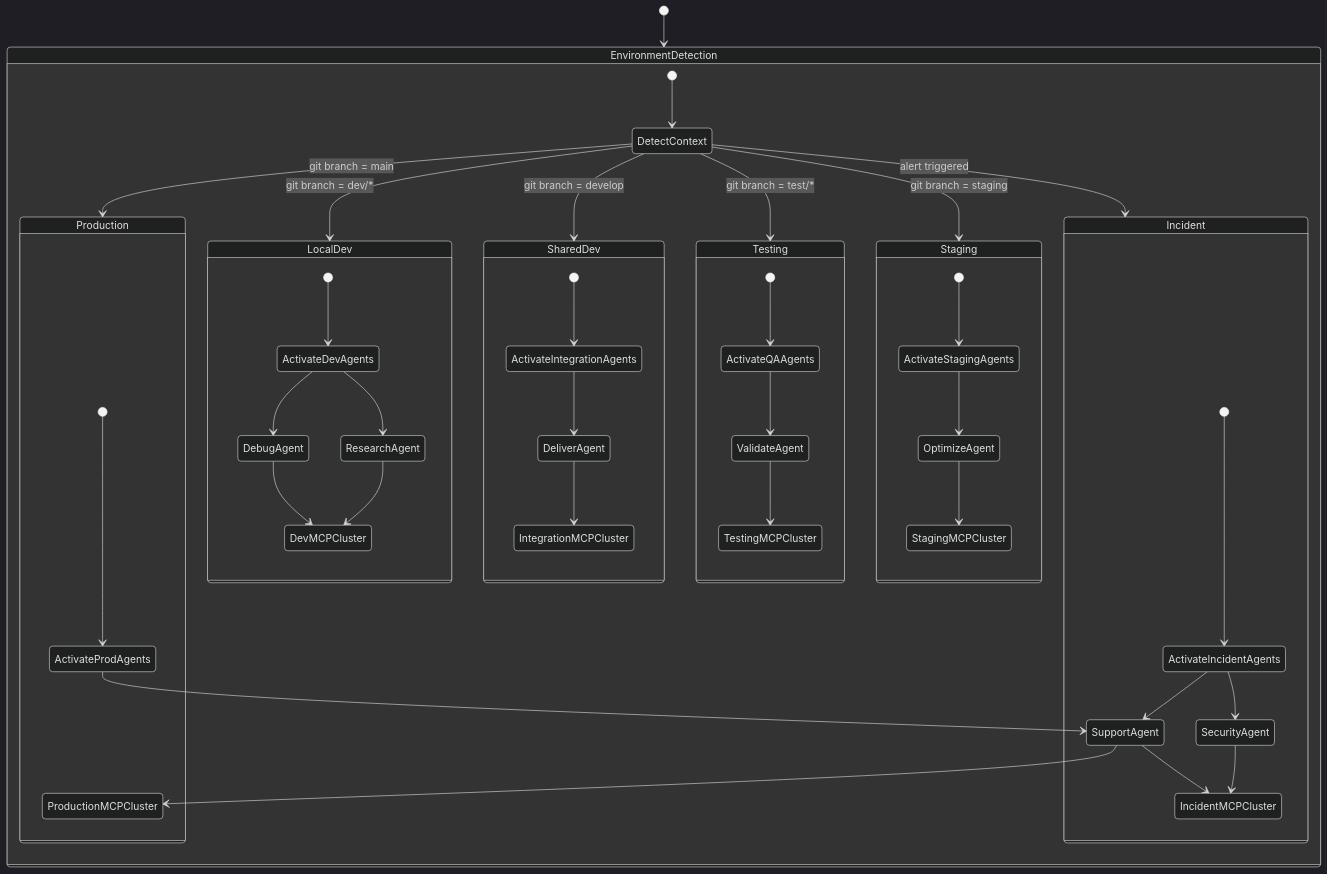
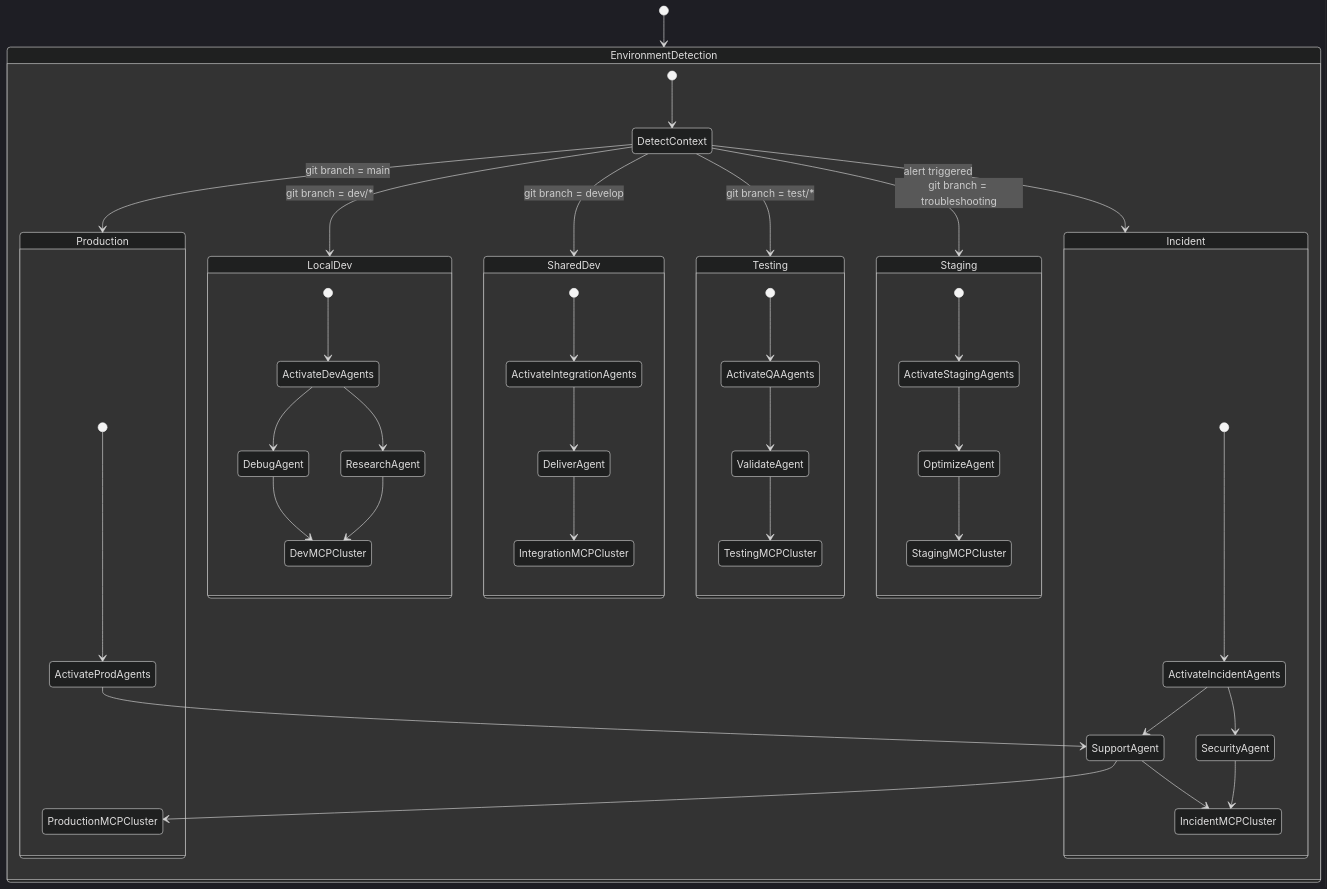
One commit to Alextorelli/ProspectPro changed the third of 5 diagrams in docs/tooling/end-state/devops-environment-taxonomy.md. Above: the diagram before and after it, drawn with Mermaid. The commit also changed other lines of this file and 38 other files, not shown here.

````diff
--- a/docs/tooling/end-state/devops-environment-taxonomy.md
+++ b/docs/tooling/end-state/devops-environment-taxonomy.md
@@ -159,55 +159,55 @@
 ```mermaid
 %%{init: {'theme': 'dark'}}%%
 stateDiagram-v2
     [*] --> EnvironmentDetection
 
     state EnvironmentDetection {
         [*] --> DetectContext
     DetectContext --> LocalDev : git branch = dev/*
     DetectContext --> SharedDev : git branch = develop
     DetectContext --> Testing : git branch = test/*
-    DetectContext --> Staging : git branch = staging
+    DetectContext --> Staging : git branch = troubleshooting
     DetectContext --> Production : git branch = main
     DetectContext --> Incident : alert triggered
     }
 
     state LocalDev {
         [*] --> ActivateDevAgents
         ActivateDevAgents --> DebugAgent
         ActivateDevAgents --> ResearchAgent
         DebugAgent --> DevMCPCluster
         ResearchAgent --> DevMCPCluster
     }
 
     state SharedDev {
         [*] --> ActivateIntegrationAgents
         ActivateIntegrationAgents --> DeliverAgent
         DeliverAgent --> IntegrationMCPCluster
     }
 
     state Testing {
         [*] --> ActivateQAAgents
         ActivateQAAgents --> ValidateAgent
         ValidateAgent --> TestingMCPCluster
     }
 
     state Staging {
         [*] --> ActivateStagingAgents
         ActivateStagingAgents --> OptimizeAgent
         OptimizeAgent --> StagingMCPCluster
     }
 
     state Production {
         [*] --> ActivateProdAgents
         ActivateProdAgents --> SupportAgent
         SupportAgent --> ProductionMCPCluster
     }
 
     state Incident {
         [*] --> ActivateIncidentAgents
         ActivateIncidentAgents --> SecurityAgent
         ActivateIncidentAgents --> SupportAgent
         SecurityAgent --> IncidentMCPCluster
         SupportAgent --> IncidentMCPCluster
     }
 ```
````
